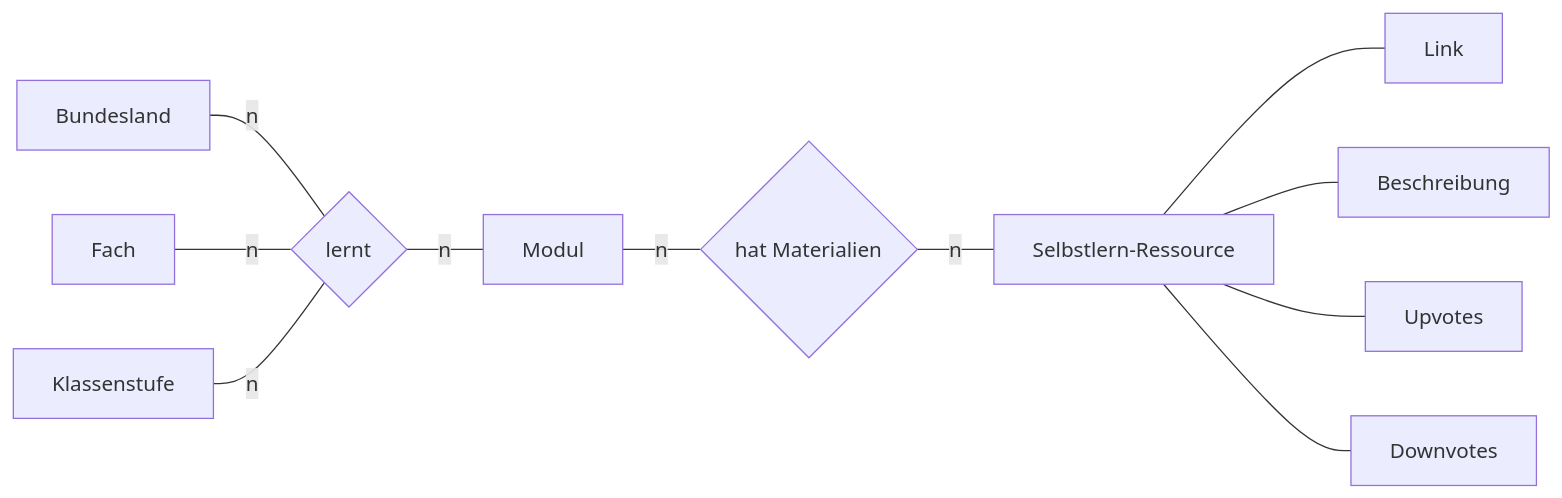
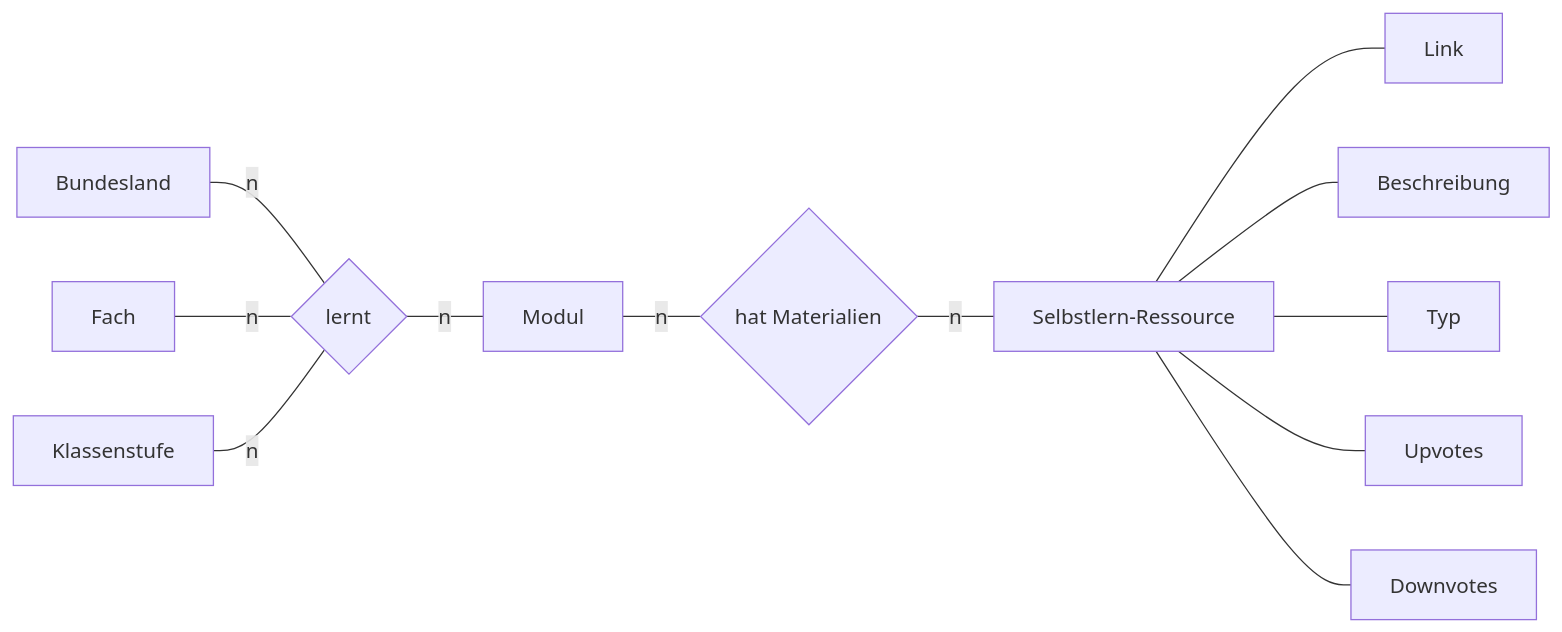
Before and after one commit to davidpomerenke/lernplattform: the first of 5 diagrams in diagramme.md, drawn with Mermaid. The commit also changed other lines of this file and 7 other files, not shown here.

````diff
--- a/diagramme.md
+++ b/diagramme.md
@@ -7,16 +7,17 @@
 ```mermaid
 graph LR
 	lernt{lernt}
 	hat{hat Materialien}
 	
 	Bundesland ---|n| lernt
 	Fach ---|n| lernt
 	Klassenstufe ---|n| lernt
 	lernt ---|n| Modul
 	Modul ---|n| hat
 	hat ---|n| Selbstlern-Ressource
 	Selbstlern-Ressource --- Link
 	Selbstlern-Ressource --- Beschreibung
+	Selbstlern-Ressource --- Typ
 	Selbstlern-Ressource --- Upvotes
 	Selbstlern-Ressource --- Downvotes
 ```
````
